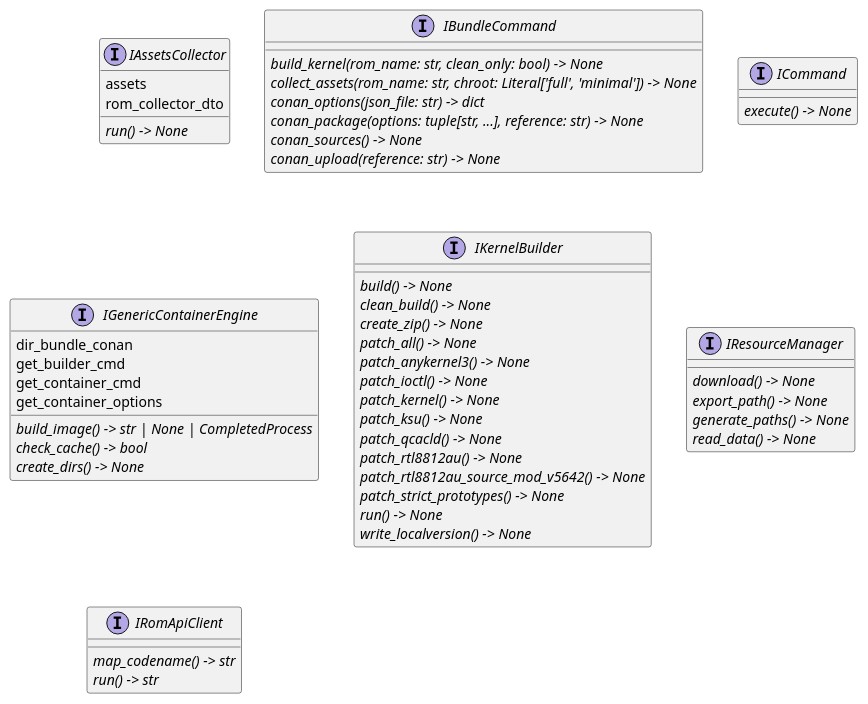
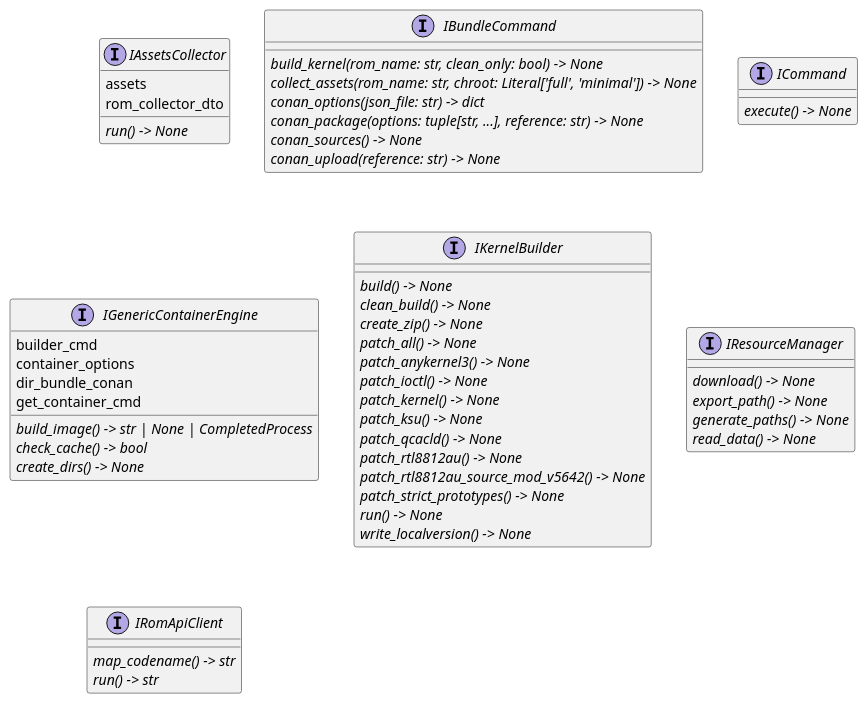
One commit to seppzer0/zero_kernel changed the diagram in docs/architecture/interfaces/classes.puml. Above: the diagram before and after it, drawn with PlantUML. The commit also changed 5 other files, not shown here.

```diff
--- a/docs/architecture/interfaces/classes.puml
+++ b/docs/architecture/interfaces/classes.puml
@@ -1,54 +1,54 @@
 @startuml classes
 set namespaceSeparator none
 interface "IAssetsCollector" as interfaces.modules.IAssetsCollector {
   assets
   rom_collector_dto
   {abstract}run() -> None
 }
 interface "IBundleCommand" as interfaces.commands.IBundleCommand {
   {abstract}build_kernel(rom_name: str, clean_only: bool) -> None
   {abstract}collect_assets(rom_name: str, chroot: Literal['full', 'minimal']) -> None
   {abstract}conan_options(json_file: str) -> dict
   {abstract}conan_package(options: tuple[str, ...], reference: str) -> None
   {abstract}conan_sources() -> None
   {abstract}conan_upload(reference: str) -> None
 }
 interface "ICommand" as interfaces.commands.ICommand {
   {abstract}execute() -> None
 }
 interface "IGenericContainerEngine" as interfaces.engines.IGenericContainerEngine {
+  builder_cmd
+  container_options
   dir_bundle_conan
-  get_builder_cmd
   get_container_cmd
-  get_container_options
   {abstract}build_image() -> str | None | CompletedProcess
   {abstract}check_cache() -> bool
   {abstract}create_dirs() -> None
 }
 interface "IKernelBuilder" as interfaces.modules.IKernelBuilder {
   {abstract}build() -> None
   {abstract}clean_build() -> None
   {abstract}create_zip() -> None
   {abstract}patch_all() -> None
   {abstract}patch_anykernel3() -> None
   {abstract}patch_ioctl() -> None
   {abstract}patch_kernel() -> None
   {abstract}patch_ksu() -> None
   {abstract}patch_qcacld() -> None
   {abstract}patch_rtl8812au() -> None
   {abstract}patch_rtl8812au_source_mod_v5642() -> None
   {abstract}patch_strict_prototypes() -> None
   {abstract}run() -> None
   {abstract}write_localversion() -> None
 }
 interface "IResourceManager" as interfaces.managers.IResourceManager {
   {abstract}download() -> None
   {abstract}export_path() -> None
   {abstract}generate_paths() -> None
   {abstract}read_data() -> None
 }
 interface "IRomApiClient" as interfaces.clients.IRomApiClient {
   {abstract}map_codename() -> str
   {abstract}run() -> str
 }
 @enduml
```
